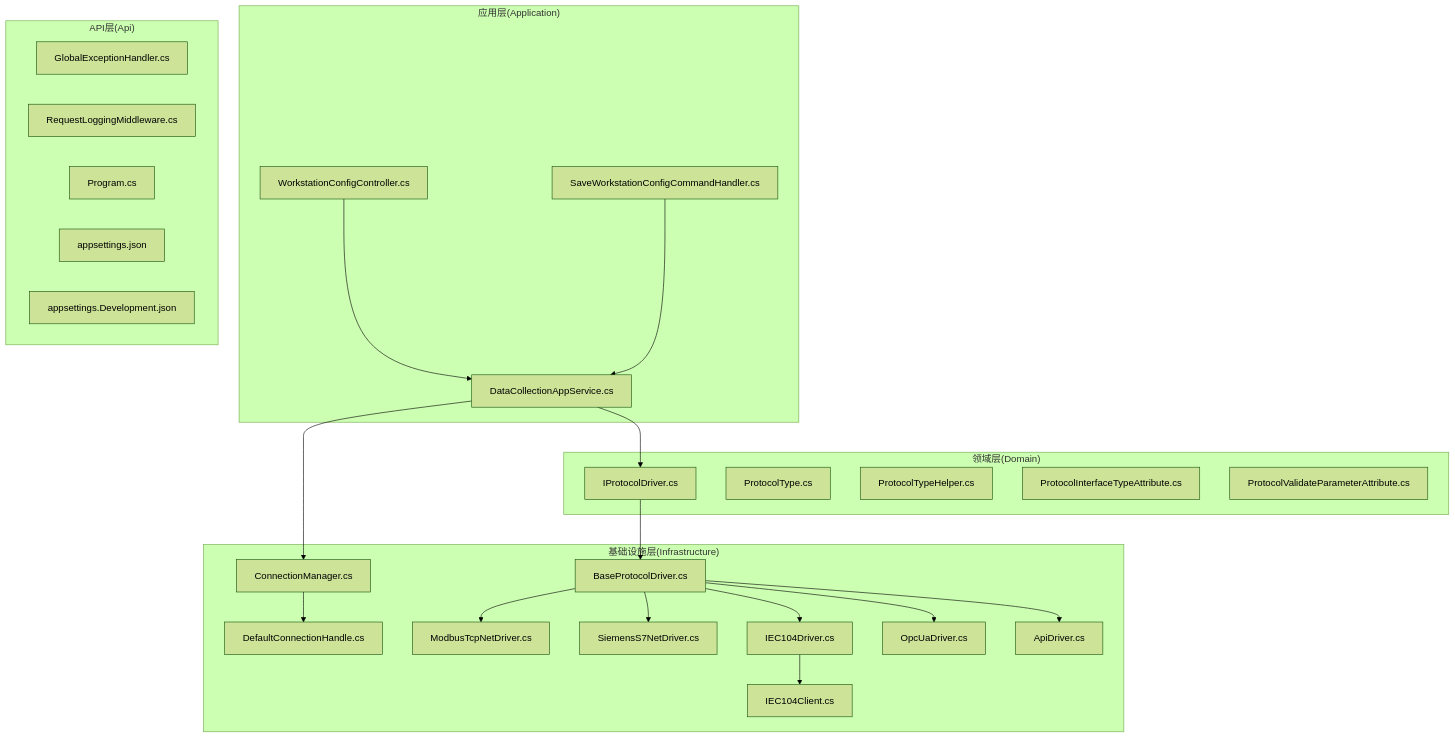
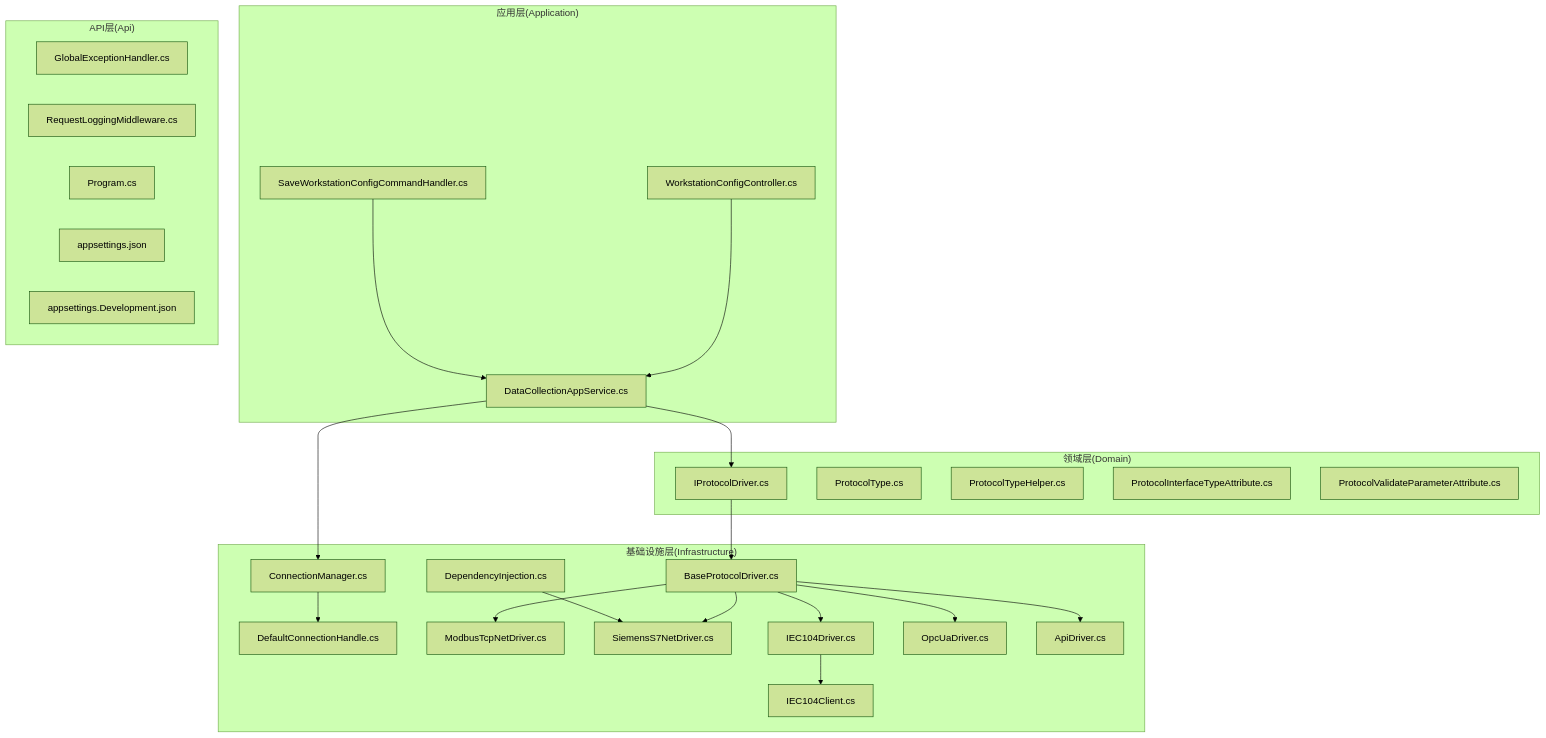
Before and after one commit to whitemousetl/IndustrialDataSolution: the first of 7 diagrams in .qoder/repowiki/zh/content/协议驱动架构/协议驱动架构.md, drawn with Mermaid (forest theme). The commit also changed other lines of this file and 11 other files, not shown here.

````diff
--- a/.qoder/repowiki/zh/content/协议驱动架构/协议驱动架构.md
+++ b/.qoder/repowiki/zh/content/协议驱动架构/协议驱动架构.md
@@ -62,45 +63,47 @@
 ```mermaid
 graph TB
 subgraph "应用层(Application)"
 DCAS["DataCollectionAppService.cs"]
 CMD["SaveWorkstationConfigCommandHandler.cs"]
 CTRL["WorkstationConfigController.cs"]
 end
 subgraph "领域层(Domain)"
 IPD["IProtocolDriver.cs"]
 PT["ProtocolType.cs"]
 PTH["ProtocolTypeHelper.cs"]
 PITA["ProtocolInterfaceTypeAttribute.cs"]
 PVPA["ProtocolValidateParameterAttribute.cs"]
 end
 subgraph "基础设施层(Infrastructure)"
 CM["ConnectionManager.cs"]
 CH["DefaultConnectionHandle.cs"]
 BASE["BaseProtocolDriver.cs"]
 MBT["ModbusTcpNetDriver.cs"]
 S7["SiemensS7NetDriver.cs"]
 IEC["IEC104Driver.cs"]
 IECCLI["IEC104Client.cs"]
 OPC["OpcUaDriver.cs"]
 API["ApiDriver.cs"]
+DI["DependencyInjection.cs"]
 end
 subgraph "API层(Api)"
 MW1["GlobalExceptionHandler.cs"]
 MW2["RequestLoggingMiddleware.cs"]
 PRG["Program.cs"]
 CFG["appsettings.json"]
 DEV["appsettings.Development.json"]
 end
 CTRL --> DCAS
 DCAS --> IPD
 CMD --> DCAS
 IPD --> BASE
 BASE --> MBT
 BASE --> S7
 BASE --> OPC
 BASE --> IEC
 BASE --> API
 IEC --> IECCLI
 DCAS --> CM
 CM --> CH
+DI --> S7
 ```
````
